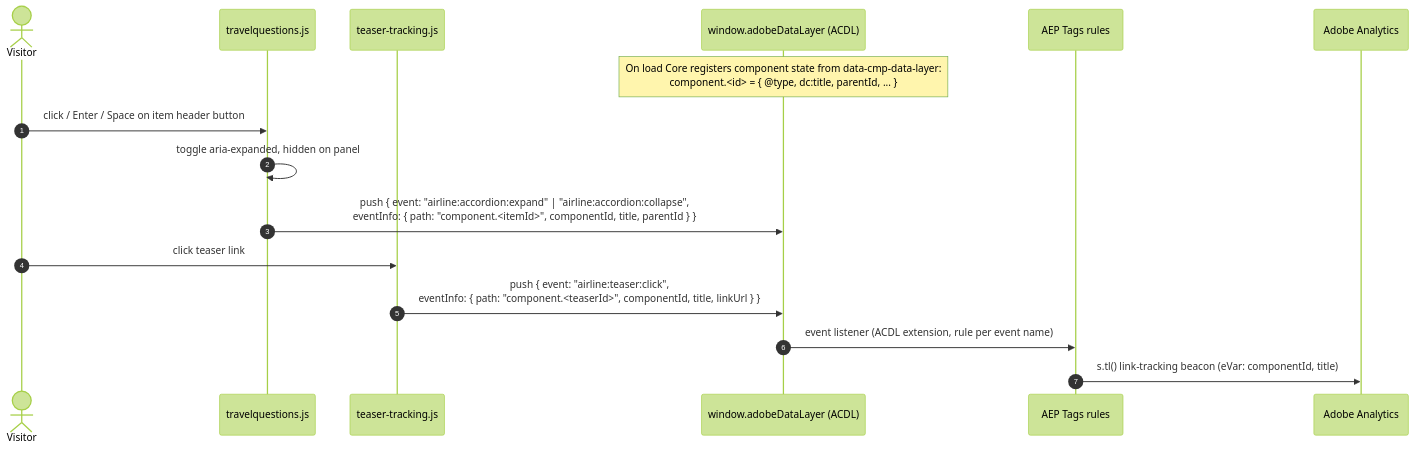
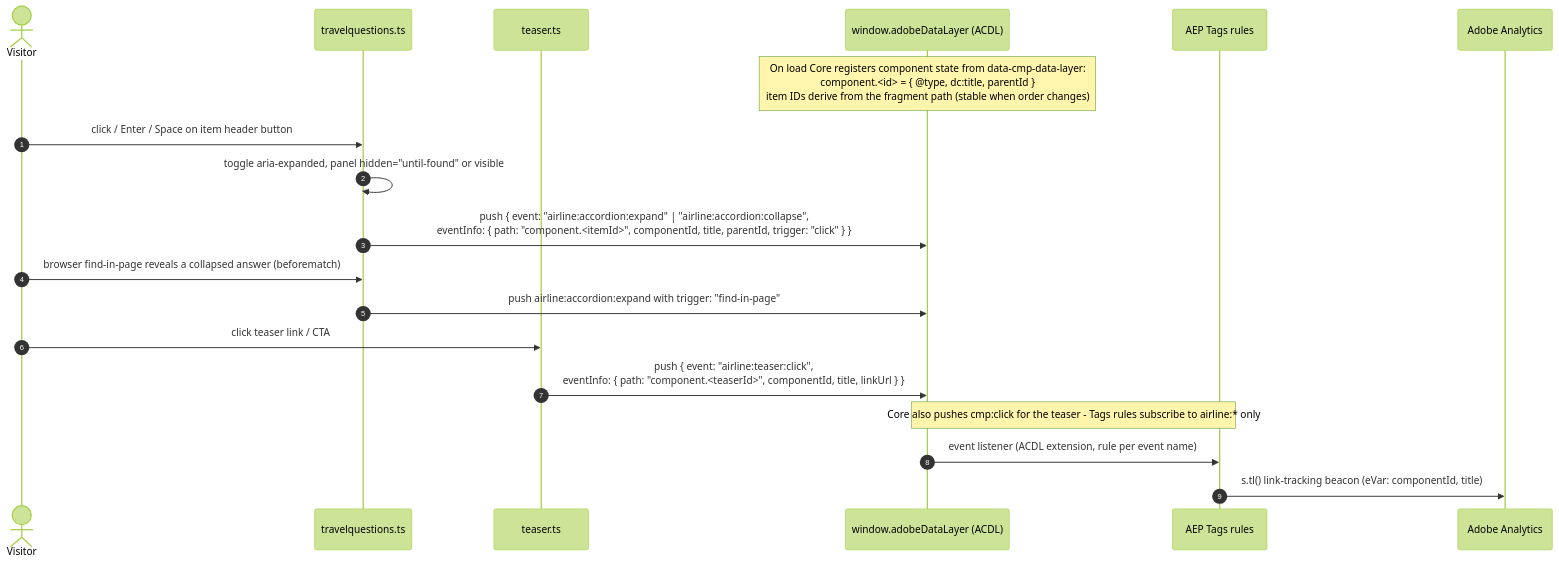
Before and after one commit to herculiank2-prime/airline-infants-children: the diagram in docs/diagrams/sequence-datalayer.mmd, drawn with Mermaid (forest theme). The commit also changed 35 other files, not shown here.

First line of the commit message:
docs: architect review, review resolution and design v1.1

```diff
--- a/docs/diagrams/sequence-datalayer.mmd
+++ b/docs/diagrams/sequence-datalayer.mmd
@@ -1,18 +1,21 @@
 %% DL-01 / I-06 - Adobe Client Data Layer event contract.
 sequenceDiagram
     autonumber
     actor U as Visitor
-    participant ACC as travelquestions.js
-    participant TSR as teaser-tracking.js
+    participant ACC as travelquestions.ts
+    participant TSR as teaser.ts
     participant DL as window.adobeDataLayer (ACDL)
     participant TAGS as AEP Tags rules
     participant AA as Adobe Analytics
 
-    Note over DL: On load Core registers component state from data-cmp-data-layer:<br/>component.<id> = { @type, dc:title, parentId, ... }
+    Note over DL: On load Core registers component state from data-cmp-data-layer:<br/>component.<id> = { @type, dc:title, parentId }<br/>item IDs derive from the fragment path (stable when order changes)
     U->>ACC: click / Enter / Space on item header button
-    ACC->>ACC: toggle aria-expanded, hidden on panel
-    ACC->>DL: push { event: "airline:accordion:expand" | "airline:accordion:collapse",<br/>eventInfo: { path: "component.<itemId>", componentId, title, parentId } }
-    U->>TSR: click teaser link
+    ACC->>ACC: toggle aria-expanded, panel hidden="until-found" or visible
+    ACC->>DL: push { event: "airline:accordion:expand" | "airline:accordion:collapse",<br/>eventInfo: { path: "component.<itemId>", componentId, title, parentId, trigger: "click" } }
+    U->>ACC: browser find-in-page reveals a collapsed answer (beforematch)
+    ACC->>DL: push airline:accordion:expand with trigger: "find-in-page"
+    U->>TSR: click teaser link / CTA
     TSR->>DL: push { event: "airline:teaser:click",<br/>eventInfo: { path: "component.<teaserId>", componentId, title, linkUrl } }
+    Note over DL,TAGS: Core also pushes cmp:click for the teaser - Tags rules subscribe to airline:* only
     DL->>TAGS: event listener (ACDL extension, rule per event name)
     TAGS->>AA: s.tl() link-tracking beacon (eVar: componentId, title)
```
